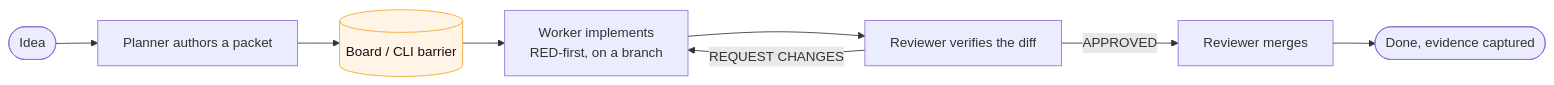
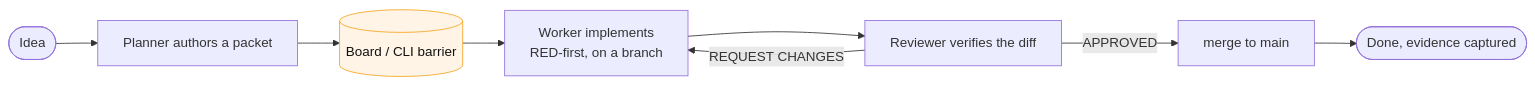
One commit to santiv343/sv-playbook changed the first of 13 diagrams in docs/how-it-works.md. Above: the diagram before and after it, drawn with Mermaid. The commit also changed other lines of this file, not shown here.

First line of the commit message:
docs: relabel merge actor target-vs-current (orchestrator merges today)

````diff
--- a/docs/how-it-works.md
+++ b/docs/how-it-works.md
@@ -27,13 +27,13 @@
 ```mermaid
 flowchart LR
     idea([Idea]) --> plan[Planner authors a packet]
     plan --> board[(Board / CLI barrier)]
     board --> worker[Worker implements<br/>RED-first, on a branch]
     worker --> review[Reviewer verifies the diff]
-    review -->|APPROVED| merge[Reviewer merges]
+    review -->|APPROVED| merge[merge to main]
     merge --> done([Done, evidence captured])
     review -->|REQUEST CHANGES| worker
     classDef human fill:#e8f0fe,stroke:#4285f4,color:#111
     classDef barrier fill:#fff4e5,stroke:#f5a623,color:#111
     class board barrier
 ```
````
